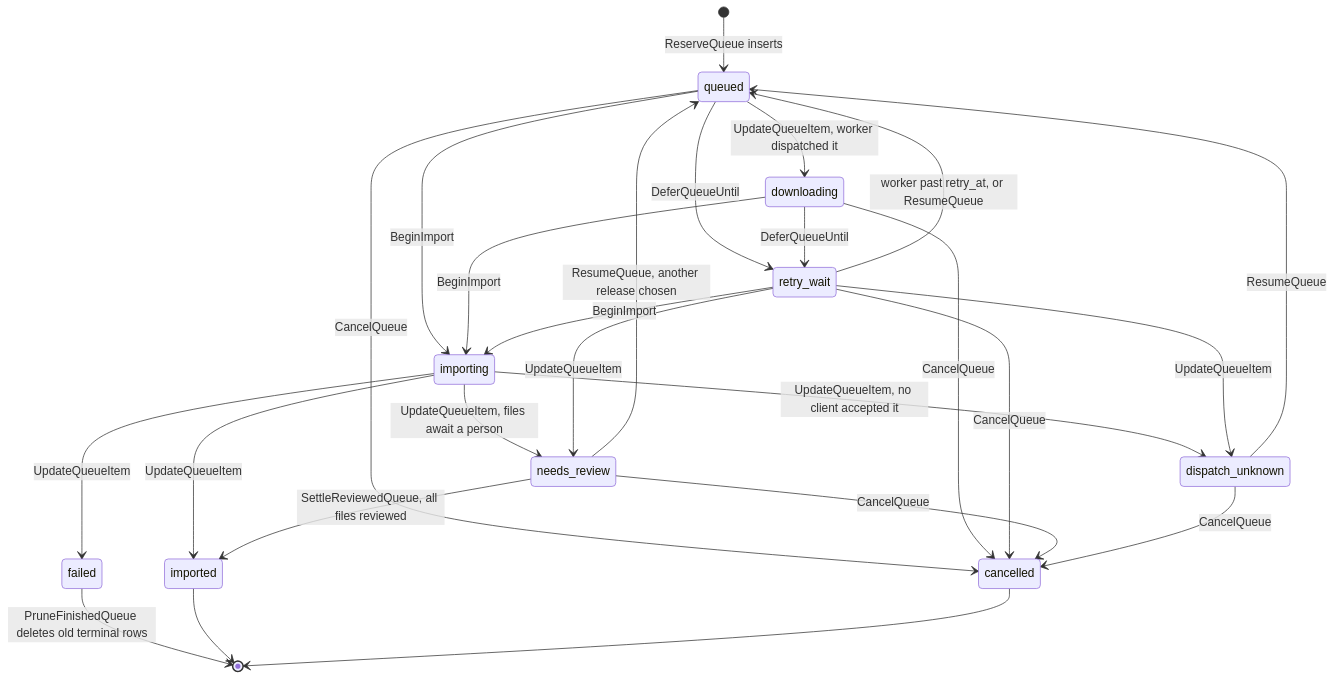
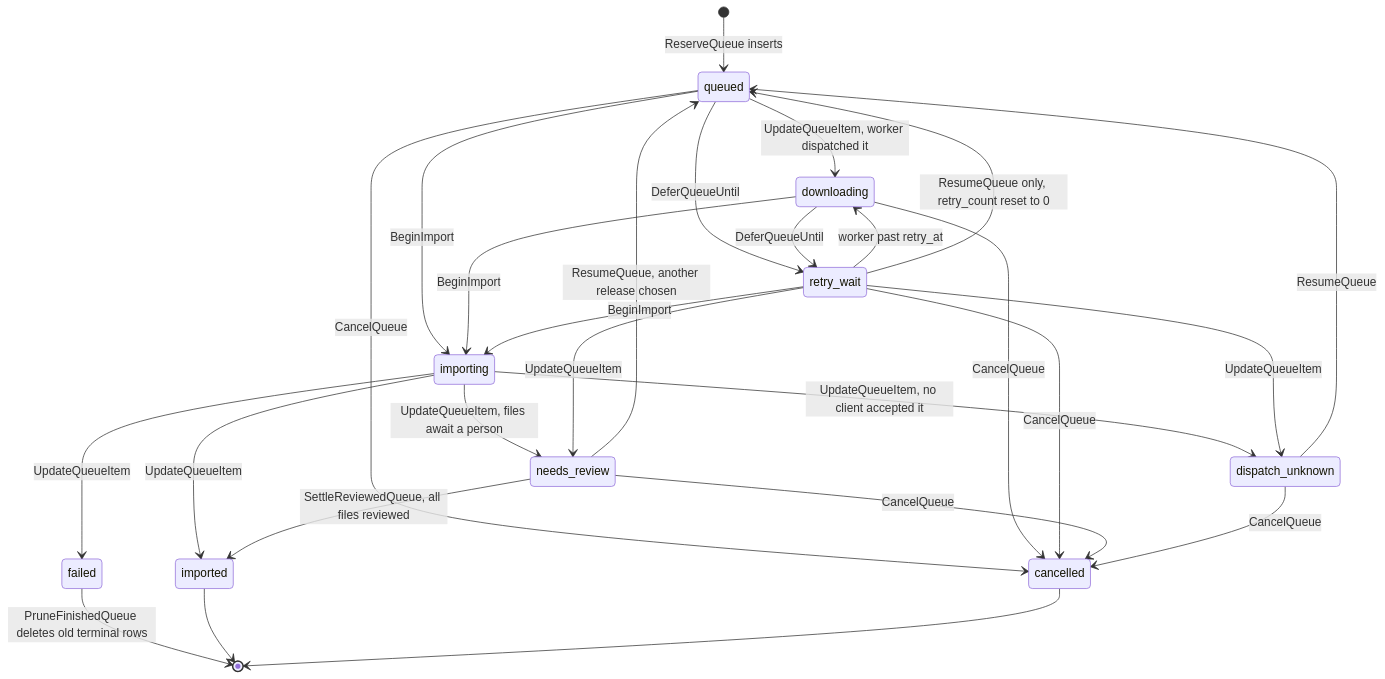
One commit to h-wb/sento changed the fifth of 8 diagrams in docs/domain/data-model.md. Above: the diagram before and after it, drawn with Mermaid. The commit also changed other lines of this file and 9 other files, not shown here.

````diff
--- a/docs/domain/data-model.md
+++ b/docs/domain/data-model.md
@@ -335,28 +335,29 @@
 ```mermaid
 stateDiagram-v2
     [*] --> queued : ReserveQueue inserts
     queued --> downloading : UpdateQueueItem, worker dispatched it
     queued --> importing : BeginImport
     downloading --> importing : BeginImport
     retry_wait --> importing : BeginImport
     importing --> imported : UpdateQueueItem
     importing --> needs_review : UpdateQueueItem, files await a person
     importing --> failed : UpdateQueueItem
     importing --> dispatch_unknown : UpdateQueueItem, no client accepted it
     queued --> retry_wait : DeferQueueUntil
     downloading --> retry_wait : DeferQueueUntil
-    retry_wait --> queued : worker past retry_at, or ResumeQueue
+    retry_wait --> downloading : worker past retry_at
+    retry_wait --> queued : ResumeQueue only, retry_count reset to 0
     needs_review --> queued : ResumeQueue, another release chosen
     needs_review --> imported : SettleReviewedQueue, all files reviewed
     retry_wait --> needs_review : UpdateQueueItem
     retry_wait --> dispatch_unknown : UpdateQueueItem
     dispatch_unknown --> queued : ResumeQueue
     queued --> cancelled : CancelQueue
     downloading --> cancelled : CancelQueue
     retry_wait --> cancelled : CancelQueue
     needs_review --> cancelled : CancelQueue
     dispatch_unknown --> cancelled : CancelQueue
     failed --> [*] : PruneFinishedQueue deletes old terminal rows
     imported --> [*]
     cancelled --> [*]
 ```
````
